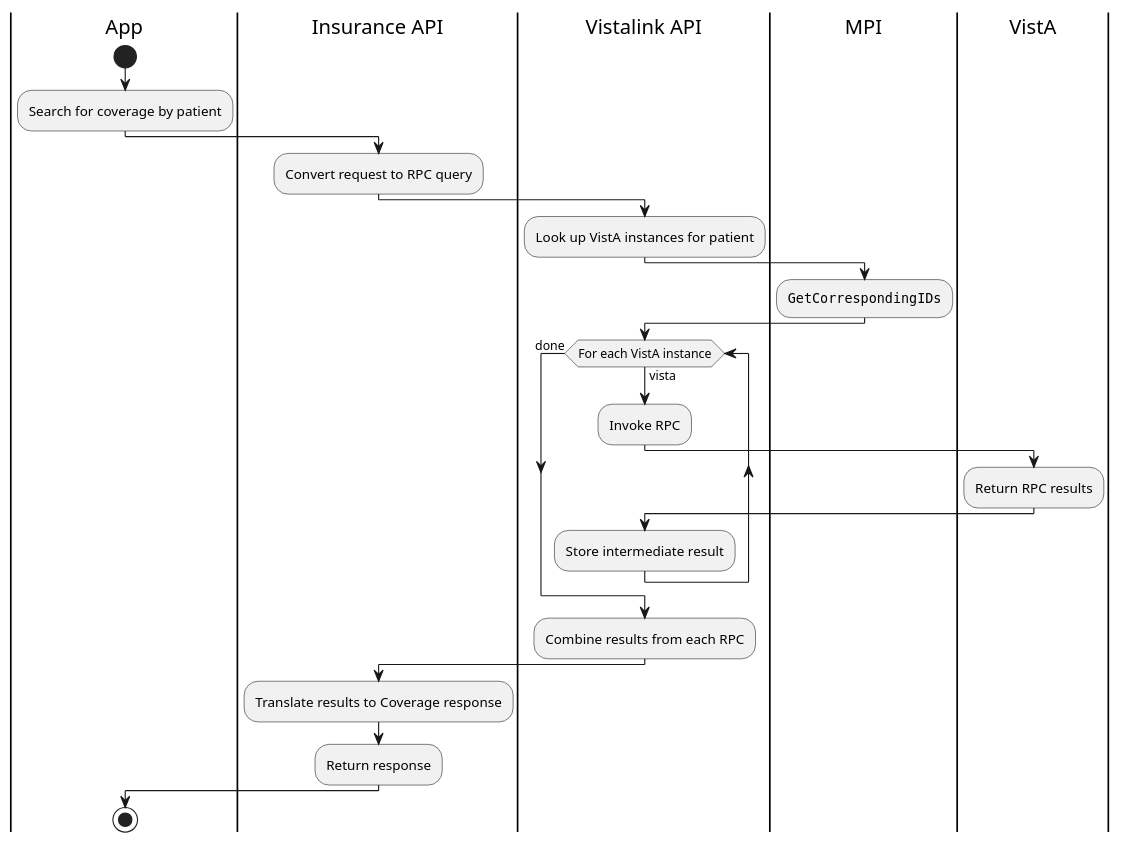
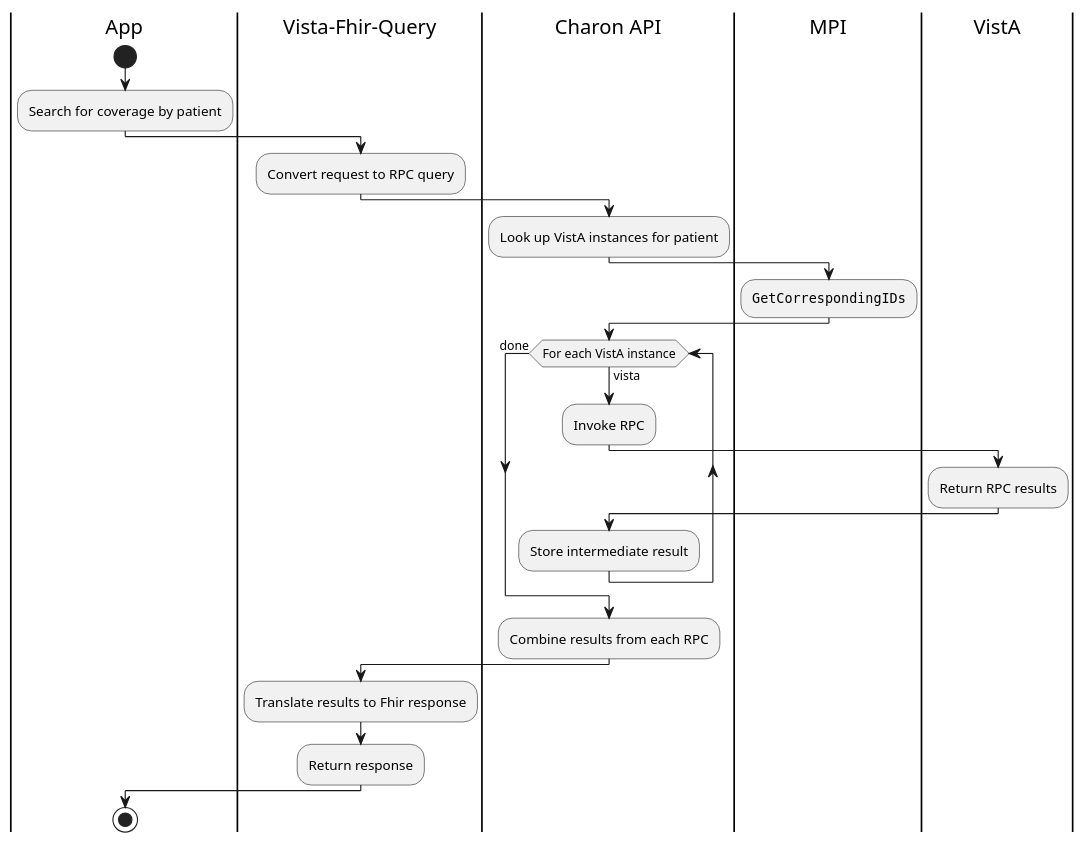
One commit to department-of-veterans-affairs/lighthouse-charon changed the diagram in src/plantuml/typical-use-case.puml. Above: the diagram before and after it, drawn with PlantUML. The commit also changed 229 other files, not shown here.

Commit message:
Refactor: Vistalink --> Charon (#56)

```diff
--- a/src/plantuml/typical-use-case.puml
+++ b/src/plantuml/typical-use-case.puml
@@ -1,33 +1,33 @@
 @startuml
 
 |App|
 start
 :Search for coverage by patient;
 
-|Insurance API|
+|Vista-Fhir-Query|
 :Convert request to RPC query;
 
-|Vistalink API|
+|Charon API|
 :Look up VistA instances for patient;
 
 |MPI|
 :""GetCorrespondingIDs"";
 
-|Vistalink API|
+|Charon API|
 while (For each VistA instance) is (vista)
   :Invoke RPC;
   |VistA|
   :Return RPC results;
-  |Vistalink API|
+  |Charon API|
   :Store intermediate result;
 endwhile (done)
 :Combine results from each RPC;
 
-|Insurance API|
-:Translate results to Coverage response;
+|Vista-Fhir-Query|
+:Translate results to Fhir response;
 :Return response;
 
 |App|
 stop
 
 @enduml
```
